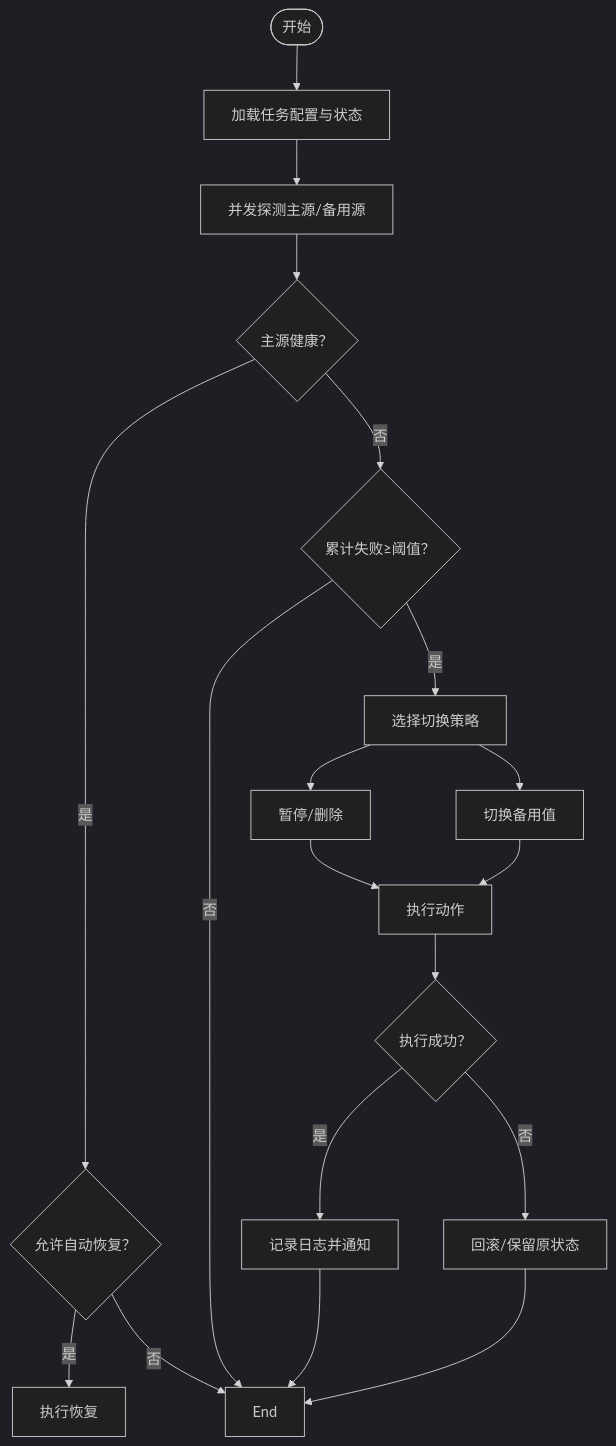
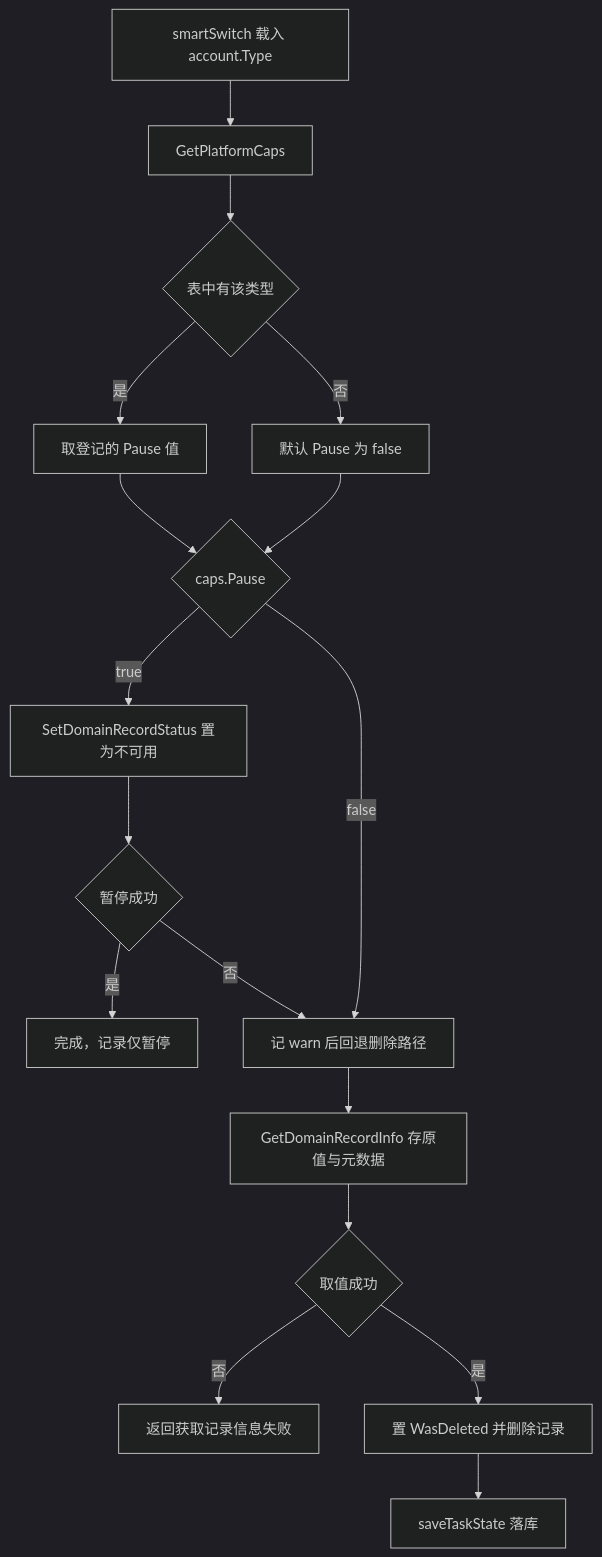
One commit to x01n/dnsplane changed the third of 5 diagrams in docs/监控告警系统/故障切换逻辑.md. Above: the diagram before and after it, drawn with Mermaid (dark theme). The commit also changed other lines of this file and 326 other files, not shown here.

````diff
--- a/docs/监控告警系统/故障切换逻辑.md
+++ b/docs/监控告警系统/故障切换逻辑.md
@@ -142,21 +324,19 @@
 ```mermaid
 flowchart TD
-Start(["开始"]) --> LoadTask["加载任务配置与状态"]
-LoadTask --> Detect["并发探测主源/备用源"]
-Detect --> Healthy{"主源健康？"}
-Healthy --> |是| AutoRestore{"允许自动恢复？"}
-AutoRestore --> |是| Restore["执行恢复"]
-AutoRestore --> |否| End
-Healthy --> |否| Threshold{"累计失败≥阈值？"}
-Threshold --> |否| End
-Threshold --> |是| ChooseStrategy["选择切换策略"]
-ChooseStrategy --> PauseOrDelete["暂停/删除"]
-ChooseStrategy --> SwitchBackup["切换备用值"]
-PauseOrDelete --> Exec["执行动作"]
-SwitchBackup --> Exec
-Exec --> Success{"执行成功？"}
-Success --> |是| LogOK["记录日志并通知"]
-Success --> |否| Rollback["回滚/保留原状态"]
-LogOK --> End
-Rollback --> End
+    A["smartSwitch 载入 account.Type"] --> B["GetPlatformCaps"]
+    B --> C{"表中有该类型"}
+    C -->|是| D["取登记的 Pause 值"]
+    C -->|否| E["默认 Pause 为 false"]
+    D --> F{"caps.Pause"}
+    E --> F
+    F -->|true| G["SetDomainRecordStatus 置为不可用"]
+    G --> H{"暂停成功"}
+    H -->|是| I["完成，记录仅暂停"]
+    H -->|否| J["记 warn 后回退删除路径"]
+    F -->|false| J
+    J --> K["GetDomainRecordInfo 存原值与元数据"]
+    K --> L{"取值成功"}
+    L -->|否| M["返回获取记录信息失败"]
+    L -->|是| N["置 WasDeleted 并删除记录"]
+    N --> O["saveTaskState 落库"]
 ```
````
